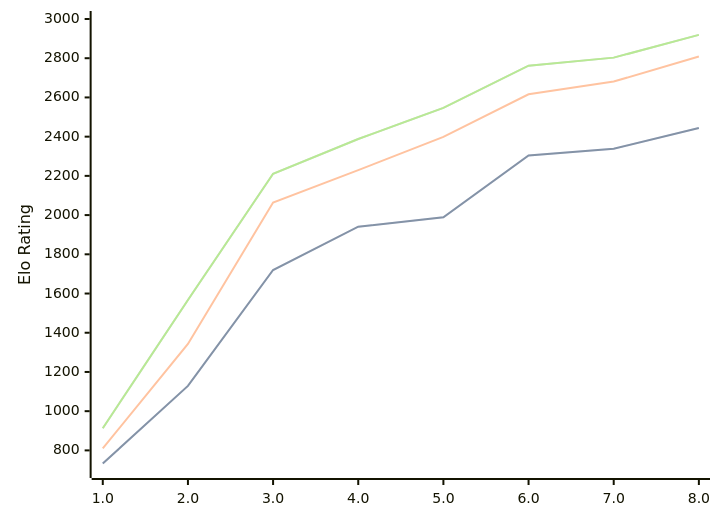
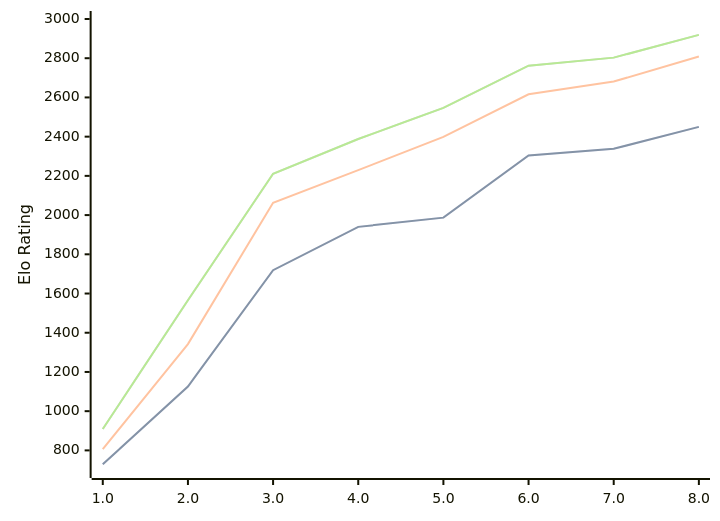
One commit to computer-chess-index/cci changed the diagram in engines/Pea.md. Above: the diagram before and after it, drawn with Mermaid. The commit also changed other lines of this file, not shown here.

Commit message:
Update CCI Ratings (ELO VLTC) - 2026-05-22

````diff
--- a/engines/Pea.md
+++ b/engines/Pea.md
@@ -38,11 +38,11 @@
 ```mermaid
 %%{init: {"theme":"base","themeVariables":{"seriesColors:['#a3a3a3','#222221','#faa371']}}}%%
 xychart-beta
   x-axis ["1.0", "2.0", "3.0", "4.0", "5.0", "6.0", "7.0", "8.0"]
   y-axis "Elo Rating" 700 --> 3000
-  line "STC (8.0+0.08s)" [733, 1129, 1720, 1941, 1989, 2304, 2338, 2444]
-  line "STC (8.0+0.08s)" [733, 1129, 1720, 1941, 1989, 2304, 2338, 2444]
-  line "LTC (60.0+0.60s)" [810, 1343, 2064, 2229, 2399, 2616, 2681, 2809]
-  line "VLTC (2m24s+1.12s)" [913, 1567, 2211, 2388, 2547, 2762, 2803, 2919]
-  line "VLTC (2m24s+1.12s)" [913, 1567, 2211, 2388, 2547, 2762, 2803, 2919]
+  line "STC (8.0+0.08s)" [729, 1126, 1719, 1940, 1987, 2304, 2338, 2450]
+  line "STC (8.0+0.08s)" [729, 1126, 1719, 1940, 1987, 2304, 2338, 2450]
+  line "LTC (60.0+0.60s)" [806, 1342, 2063, 2229, 2399, 2616, 2681, 2809]
+  line "VLTC (2m24s+1.12s)" [909, 1566, 2211, 2388, 2547, 2762, 2803, 2919]
+  line "VLTC (2m24s+1.12s)" [909, 1566, 2211, 2388, 2547, 2762, 2803, 2919]
 ```
````
